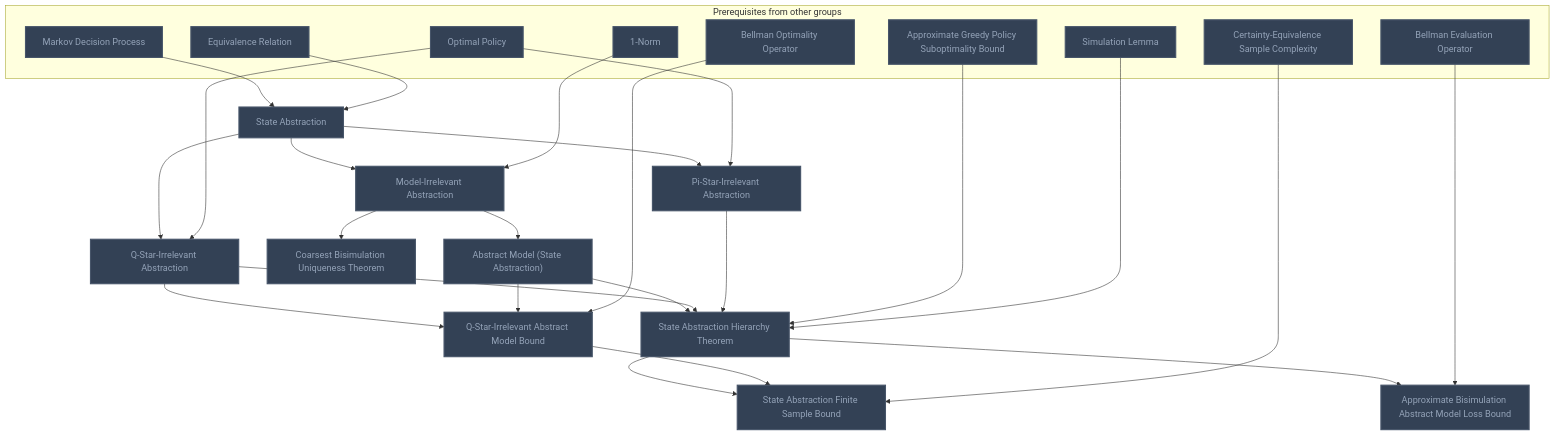
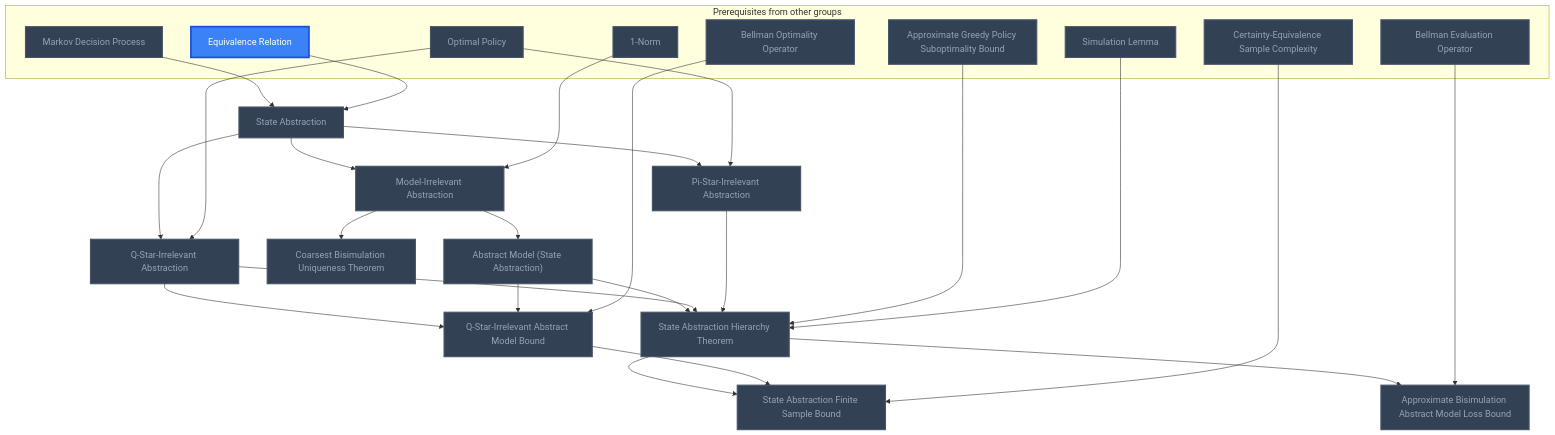
The ninth of 11 diagrams in Gamification/Skill Trees/Reinforcement Learning.md (MRauf1/My-Notes), drawn with Mermaid before and after one commit. The commit also changed other lines of this file and 62 other files, not shown here.

````diff
--- a/Gamification/Skill Trees/Reinforcement Learning.md
+++ b/Gamification/Skill Trees/Reinforcement Learning.md
@@ -369,58 +372,59 @@
 ```mermaid
 flowchart TD
     classDef planned fill:#1E293B,stroke:#64748B,stroke-width:2px,stroke-dasharray:5 5,color:#94A3B8;
     classDef locked fill:#334155,stroke:#475569,stroke-width:2px,color:#94A3B8;
     classDef L0 fill:#F1F5F9,stroke:#94A3B8,stroke-width:2px,color:#000000;
     classDef L1 fill:#22C55E,stroke:#15803D,stroke-width:2px,color:#000000;
     classDef L2 fill:#3B82F6,stroke:#1D4ED8,stroke-width:3px,color:#FFFFFF;
     classDef L3 fill:#A855F7,stroke:#6B21A8,stroke-width:3px,color:#FFFFFF,font-weight:bold;
     classDef L4 fill:#F97316,stroke:#C2410C,stroke-width:4px,color:#000000,font-weight:bold;
     classDef L5 fill:#FFD700,stroke:#FF8C00,stroke-width:5px,color:#000000,font-weight:bold;
     classDef rusty stroke:#8B4513,stroke-width:4px,stroke-dasharray:3 3;
     subgraph sg_prereqs["Prerequisites from other groups"]
         n_markov_decision_process["Markov Decision Process"]
         n_equivalence_relation["Equivalence Relation"]
         n_optimal_policy["Optimal Policy"]
         n_1_norm["1-Norm"]
         n_approximate_greedy_policy_suboptimality_bound["Approximate Greedy Policy Suboptimality Bound"]
         n_simulation_lemma["Simulation Lemma"]
         n_bellman_evaluation_operator["Bellman Evaluation Operator"]
         n_bellman_optimality_operator["Bellman Optimality Operator"]
         n_certainty_equivalence_sample_complexity["Certainty-Equivalence Sample Complexity"]
     end
     n_state_abstraction["State Abstraction"]
     n_pi_star_irrelevant_abstraction["Pi-Star-Irrelevant Abstraction"]
     n_q_star_irrelevant_abstraction["Q-Star-Irrelevant Abstraction"]
     n_model_irrelevant_abstraction["Model-Irrelevant Abstraction"]
     n_coarsest_bisimulation_uniqueness_theorem["Coarsest Bisimulation Uniqueness Theorem"]
     n_abstract_model_state_abstraction["Abstract Model (State Abstraction)"]
     n_state_abstraction_hierarchy_theorem["State Abstraction Hierarchy Theorem"]
     n_approximate_bisimulation_abstract_model_loss_bound["Approximate Bisimulation Abstract Model Loss Bound"]
     n_q_star_irrelevant_abstract_model_bound["Q-Star-Irrelevant Abstract Model Bound"]
     n_state_abstraction_finite_sample_bound["State Abstraction Finite Sample Bound"]
     n_markov_decision_process --> n_state_abstraction
     n_equivalence_relation --> n_state_abstraction
     n_state_abstraction --> n_pi_star_irrelevant_abstraction
     n_optimal_policy --> n_pi_star_irrelevant_abstraction
     n_state_abstraction --> n_q_star_irrelevant_abstraction
     n_optimal_policy --> n_q_star_irrelevant_abstraction
     n_state_abstraction --> n_model_irrelevant_abstraction
     n_1_norm --> n_model_irrelevant_abstraction
     n_model_irrelevant_abstraction --> n_coarsest_bisimulation_uniqueness_theorem
     n_model_irrelevant_abstraction --> n_abstract_model_state_abstraction
     n_abstract_model_state_abstraction --> n_state_abstraction_hierarchy_theorem
     n_q_star_irrelevant_abstraction --> n_state_abstraction_hierarchy_theorem
     n_pi_star_irrelevant_abstraction --> n_state_abstraction_hierarchy_theorem
     n_approximate_greedy_policy_suboptimality_bound --> n_state_abstraction_hierarchy_theorem
     n_simulation_lemma --> n_state_abstraction_hierarchy_theorem
     n_state_abstraction_hierarchy_theorem --> n_approximate_bisimulation_abstract_model_loss_bound
     n_bellman_evaluation_operator --> n_approximate_bisimulation_abstract_model_loss_bound
     n_q_star_irrelevant_abstraction --> n_q_star_irrelevant_abstract_model_bound
     n_abstract_model_state_abstraction --> n_q_star_irrelevant_abstract_model_bound
     n_bellman_optimality_operator --> n_q_star_irrelevant_abstract_model_bound
     n_state_abstraction_hierarchy_theorem --> n_state_abstraction_finite_sample_bound
     n_q_star_irrelevant_abstract_model_bound --> n_state_abstraction_finite_sample_bound
     n_certainty_equivalence_sample_complexity --> n_state_abstraction_finite_sample_bound
-    class n_markov_decision_process,n_equivalence_relation,n_optimal_policy,n_1_norm,n_approximate_greedy_policy_suboptimality_bound,n_simulation_lemma,n_bellman_evaluation_operator,n_bellman_optimality_operator,n_certainty_equivalence_sample_complexity,n_state_abstraction,n_pi_star_irrelevant_abstraction,n_q_star_irrelevant_abstraction,n_model_irrelevant_abstraction,n_coarsest_bisimulation_uniqueness_theorem,n_abstract_model_state_abstraction,n_state_abstraction_hierarchy_theorem,n_approximate_bisimulation_abstract_model_loss_bound,n_q_star_irrelevant_abstract_model_bound,n_state_abstraction_finite_sample_bound locked;
+    class n_markov_decision_process,n_optimal_policy,n_1_norm,n_approximate_greedy_policy_suboptimality_bound,n_simulation_lemma,n_bellman_evaluation_operator,n_bellman_optimality_operator,n_certainty_equivalence_sample_complexity,n_state_abstraction,n_pi_star_irrelevant_abstraction,n_q_star_irrelevant_abstraction,n_model_irrelevant_abstraction,n_coarsest_bisimulation_uniqueness_theorem,n_abstract_model_state_abstraction,n_state_abstraction_hierarchy_theorem,n_approximate_bisimulation_abstract_model_loss_bound,n_q_star_irrelevant_abstract_model_bound,n_state_abstraction_finite_sample_bound locked;
+    class n_equivalence_relation L2;
     class n_markov_decision_process,n_equivalence_relation,n_optimal_policy,n_1_norm,n_approximate_greedy_policy_suboptimality_bound,n_simulation_lemma,n_bellman_evaluation_operator,n_bellman_optimality_operator,n_certainty_equivalence_sample_complexity,n_state_abstraction,n_pi_star_irrelevant_abstraction,n_q_star_irrelevant_abstraction,n_model_irrelevant_abstraction,n_coarsest_bisimulation_uniqueness_theorem,n_abstract_model_state_abstraction,n_state_abstraction_hierarchy_theorem,n_approximate_bisimulation_abstract_model_loss_bound,n_q_star_irrelevant_abstract_model_bound,n_state_abstraction_finite_sample_bound internal-link;
 ```
````
